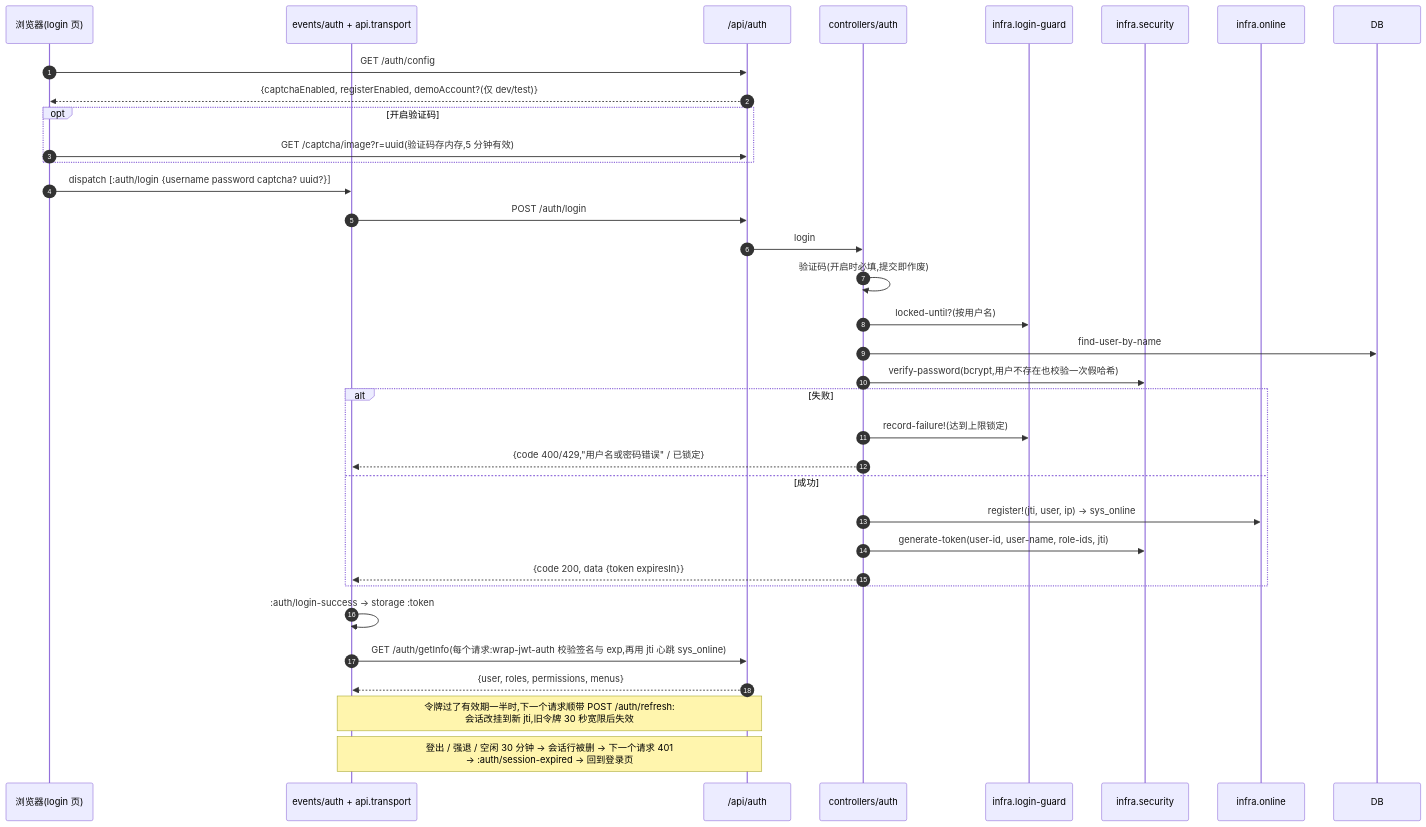
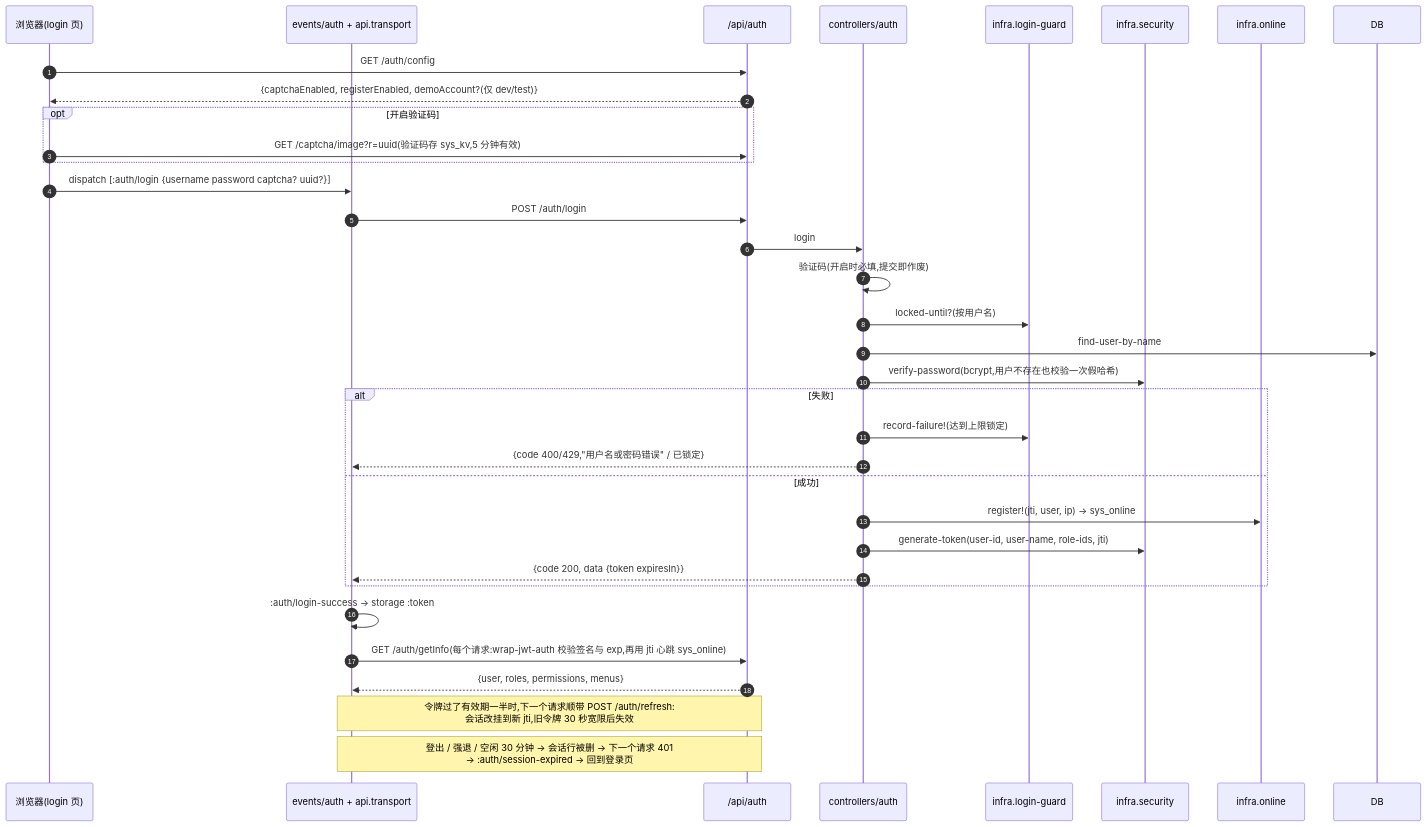
The ninth of 14 diagrams in docs/architecture/c4-model.org (RedCreationTech/clj-cljs-template), drawn with Mermaid before and after one commit. The commit also changed other lines of this file and 71 other files, not shown here.

```diff
--- a/docs/architecture/c4-model.org
+++ b/docs/architecture/c4-model.org
@@ -521,37 +539,37 @@
 #+begin_src mermaid :file img/dyn-login.svg :exports results
 sequenceDiagram
   autonumber
   participant B as 浏览器(login 页)
   participant E as events/auth + api.transport
   participant API as /api/auth
   participant C as controllers/auth
   participant G as infra.login-guard
   participant S as infra.security
   participant O as infra.online
   participant DB as DB
   B->>API: GET /auth/config
   API-->>B: {captchaEnabled, registerEnabled, demoAccount?(仅 dev/test)}
   opt 开启验证码
-    B->>API: GET /captcha/image?r=uuid(验证码存内存,5 分钟有效)
+    B->>API: GET /captcha/image?r=uuid(验证码存 sys_kv,5 分钟有效)
   end
   B->>E: dispatch [:auth/login {username password captcha? uuid?}]
   E->>API: POST /auth/login
   API->>C: login
   C->>C: 验证码(开启时必填,提交即作废)
   C->>G: locked-until?(按用户名)
   C->>DB: find-user-by-name
   C->>S: verify-password(bcrypt,用户不存在也校验一次假哈希)
   alt 失败
     C->>G: record-failure!(达到上限锁定)
     C-->>E: {code 400/429,"用户名或密码错误" / 已锁定}
   else 成功
     C->>O: register!(jti, user, ip) → sys_online
     C->>S: generate-token(user-id, user-name, role-ids, jti)
     C-->>E: {code 200, data {token expiresIn}}
   end
   E->>E: :auth/login-success → storage :token
   E->>API: GET /auth/getInfo(每个请求:wrap-jwt-auth 校验签名与 exp,再用 jti 心跳 sys_online)
   API-->>E: {user, roles, permissions, menus}
   Note over E,API: 令牌过了有效期一半时,下一个请求顺带 POST /auth/refresh:<br/>会话改挂到新 jti,旧令牌 30 秒宽限后失效
   Note over E,API: 登出 / 强退 / 空闲 30 分钟 → 会话行被删 → 下一个请求 401<br/>→ :auth/session-expired → 回到登录页
 #+end_src
```
